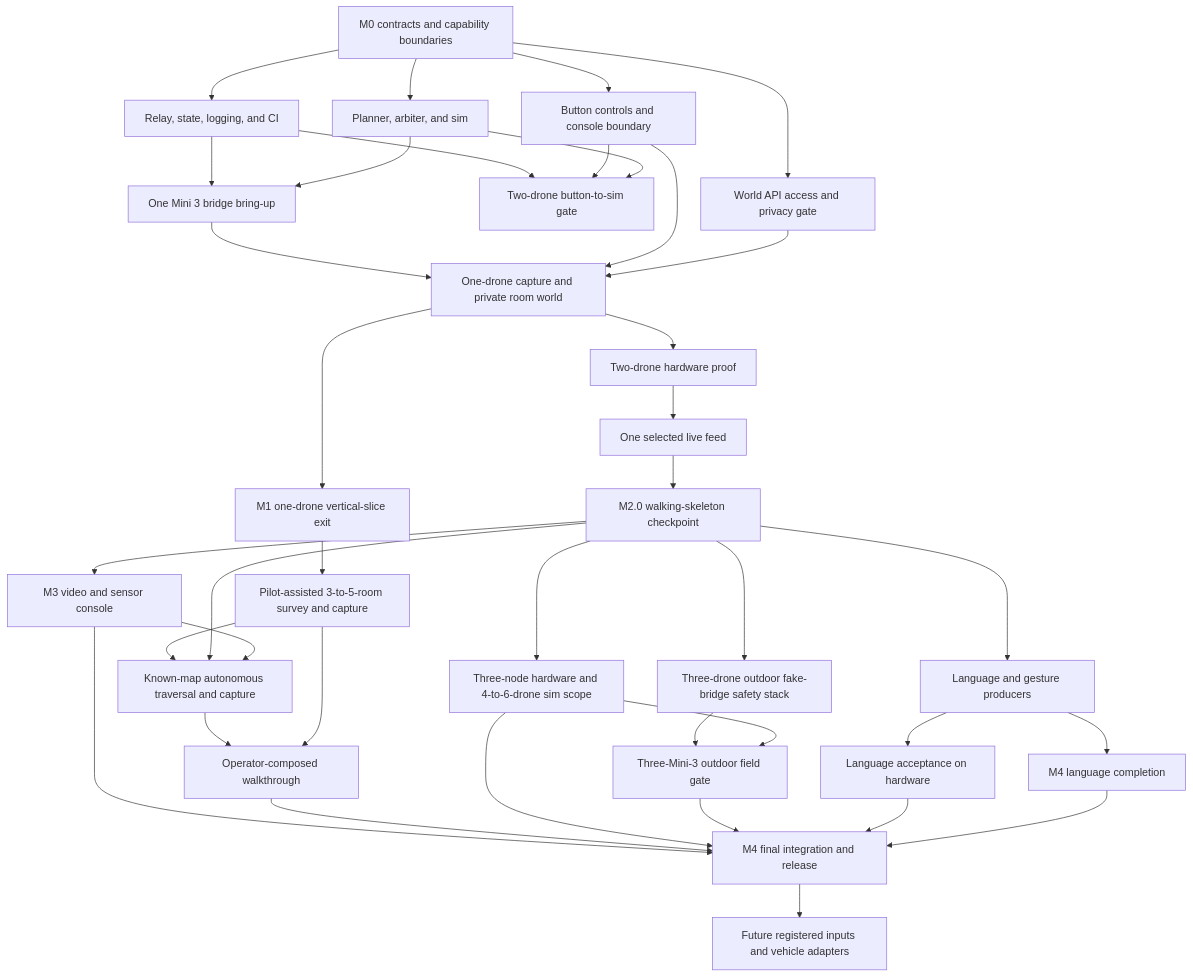
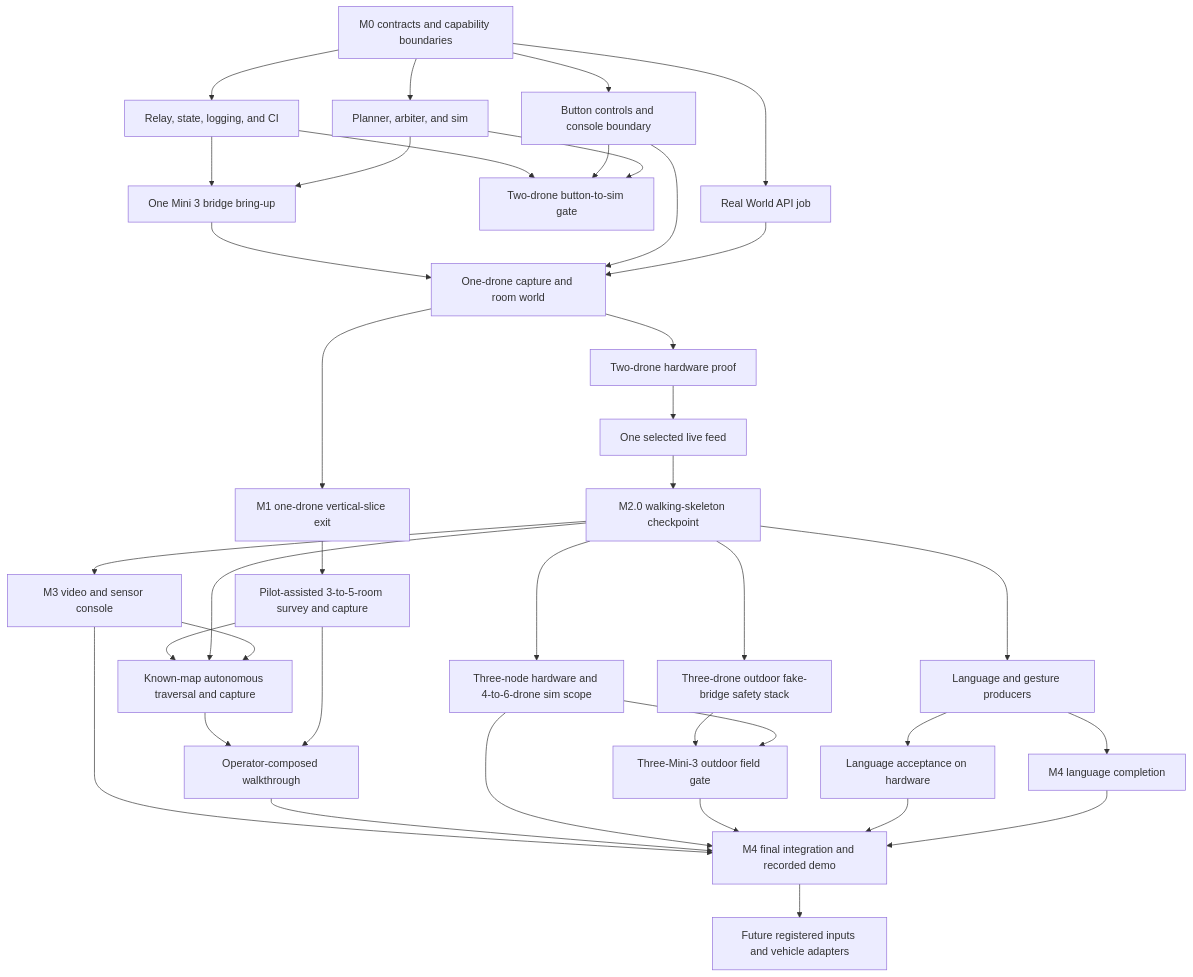
One commit to worldofhacks/sweep changed the diagram in docs/mvp-plan.md. Above: the diagram before and after it, drawn with Mermaid. The commit also changed other lines of this file and 1 other file, not shown here.

Commit message:
docs: focus MVP on live technical demo

````diff
--- a/docs/mvp-plan.md
+++ b/docs/mvp-plan.md
@@ -11,40 +13,40 @@
 ```mermaid
 flowchart TD
     m0[M0 contracts and capability boundaries] --> relay[Relay, state, logging, and CI]
-    m0 --> worldapi[World API access and privacy gate]
+    m0 --> worldapi[Real World API job]
     m0 --> controls[Button controls and console boundary]
     m0 --> autonomy[Planner, arbiter, and sim]
     relay --> simgate[Two-drone button-to-sim gate]
     controls --> simgate
     autonomy --> simgate
     m20 --> speech[Language and gesture producers]
     relay --> bridge[One Mini 3 bridge bring-up]
     autonomy --> bridge
-    bridge --> hw1[One-drone capture and private room world]
+    bridge --> hw1[One-drone capture and room world]
     controls --> hw1
     worldapi --> hw1
     hw1 --> m1[M1 one-drone vertical-slice exit]
     m1 --> rooms[Pilot-assisted 3-to-5-room survey and capture]
     hw1 --> hw2[Two-drone hardware proof]
     hw2 --> feed[One selected live feed]
     feed --> m20[M2.0 walking-skeleton checkpoint]
     m20 --> scale[Three-node hardware and 4-to-6-drone sim scope]
     m20 --> fieldsim[Three-drone outdoor fake-bridge safety stack]
     m20 --> video[M3 video and sensor console]
     rooms --> knownmap[Known-map autonomous traversal and capture]
     m20 --> knownmap
     video --> knownmap
     fieldsim --> fieldflight[Three-Mini-3 outdoor field gate]
     scale --> fieldflight
     speech --> hwlang[Language acceptance on hardware]
     speech --> langfull[M4 language completion]
     knownmap --> compose[Operator-composed walkthrough]
     rooms --> compose
-    video --> release[M4 final integration and release]
+    video --> release[M4 final integration and recorded demo]
     compose --> release
     scale --> release
     fieldflight --> release
     hwlang --> release
     langfull --> release
     release --> future[Future registered inputs and vehicle adapters]
 ```
````
